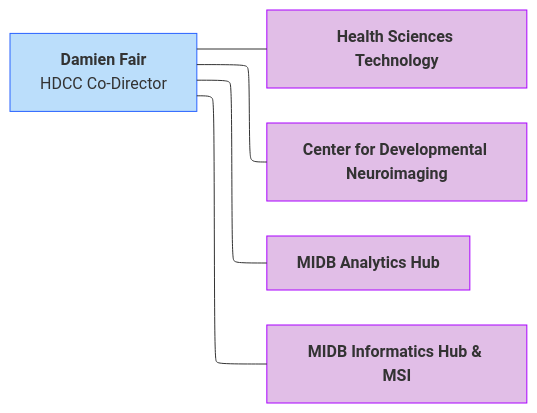
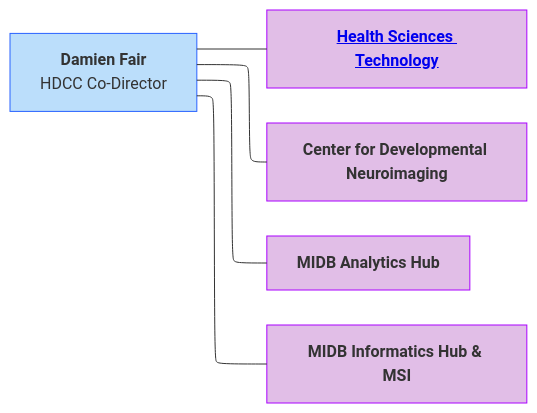
The second of 12 diagrams in docs/orgcharts.md (DCAN-Labs/hbcd-docs-internal), drawn with Mermaid before and after one commit.

Commit message:
test adding hyperlinkg to HST in diagram text

````diff
--- a/docs/orgcharts.md
+++ b/docs/orgcharts.md
@@ -98,21 +98,21 @@
 ```mermaid
 ---
 config:
   layout: elk
 ---
 flowchart LR
     A["<b>Damien Fair</b><br>HDCC Co-Director"] 
-    A --- B["<b>Health Sciences Technology</b>"]
+    A --- B["<a href="#health-sciences-technology" target="_top"><b>Health Sciences Technology</b></a>"]
     A --- C["<b>Center for Developmental Neuroimaging</b>"]
     A --- D["<b>MIDB Analytics Hub</b>"]
     A --- E["<b>MIDB Informatics Hub &amp; MSI</b>"]
     style A fill:#BBDEFB,stroke:#2962FF
     style B fill:#E1BEE7,stroke:#AA00FF
     style C fill:#E1BEE7,stroke:#AA00FF
     style D fill:#E1BEE7,stroke:#AA00FF
     style E fill:#E1BEE7,stroke:#AA00FF
     click B "#health-sciences-technology"
     click C "#center-for-developmental-neuroimaging"
     click D "#midb-analytics-hub"
     click E "#midb-informatics-hub-msi"
 ```
````
